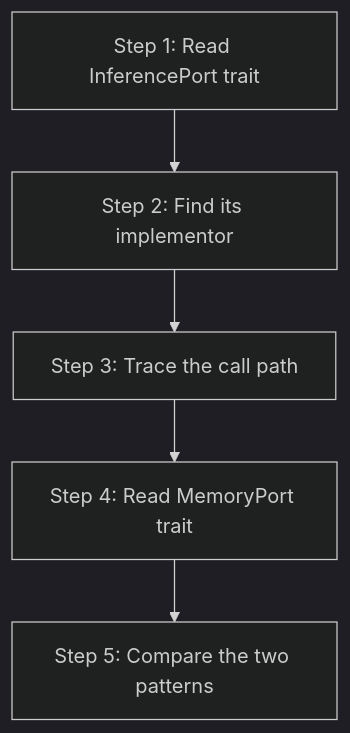
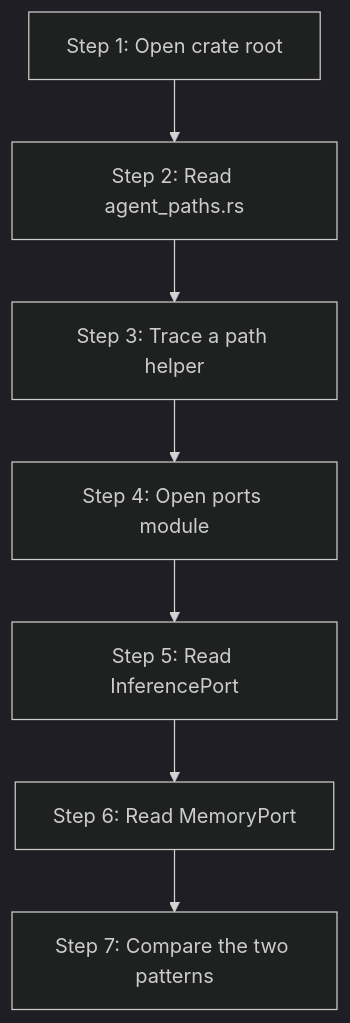
One commit to mdz-axo/zed-kask changed the diagram in kask/docs/diataxis/hkask-types/tutorial.md. Above: the diagram before and after it, drawn with Mermaid (dark theme). The commit also changed other lines of this file and 24 other files, not shown here.

````diff
--- a/kask/docs/diataxis/hkask-types/tutorial.md
+++ b/kask/docs/diataxis/hkask-types/tutorial.md
@@ -21,7 +21,9 @@
 ```mermaid
 flowchart TD
-    A[Step 1: Read InferencePort trait] --> B[Step 2: Find its implementor]
-    B --> C[Step 3: Trace the call path]
-    C --> D[Step 4: Read MemoryPort trait]
-    D --> E[Step 5: Compare the two patterns]
+    A[Step 1: Open crate root] --> B[Step 2: Read agent_paths.rs]
+    B --> C[Step 3: Trace a path helper]
+    C --> D[Step 4: Open ports module]
+    D --> E[Step 5: Read InferencePort]
+    E --> F[Step 6: Read MemoryPort]
+    F --> G[Step 7: Compare the two patterns]
 ```
````
